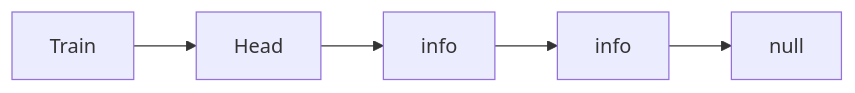
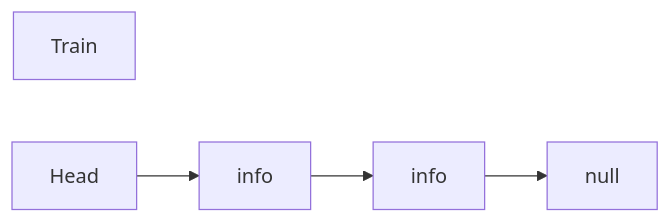
Before and after one commit to Jeffrey-S-Smith/trainLinkList-: the first of 2 diagrams in README.md, drawn with Mermaid.

Commit message:
updated train link list

````diff
--- a/README.md
+++ b/README.md
@@ -13,6 +13,7 @@
 ```mermaid
 graph LR
- Train --> Head --> A[info] 
+ Train 
+ Head --> A[info] 
   A --> B[info]
   B --> C[null]
 ```
````
